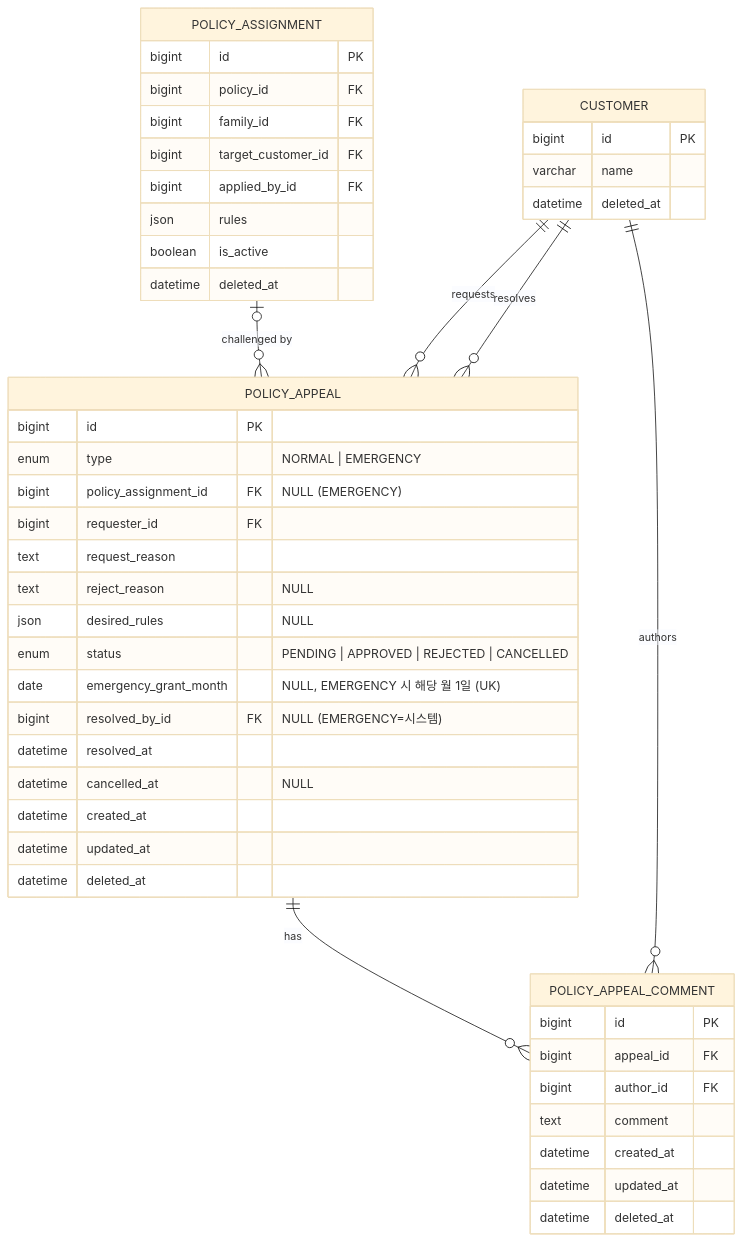
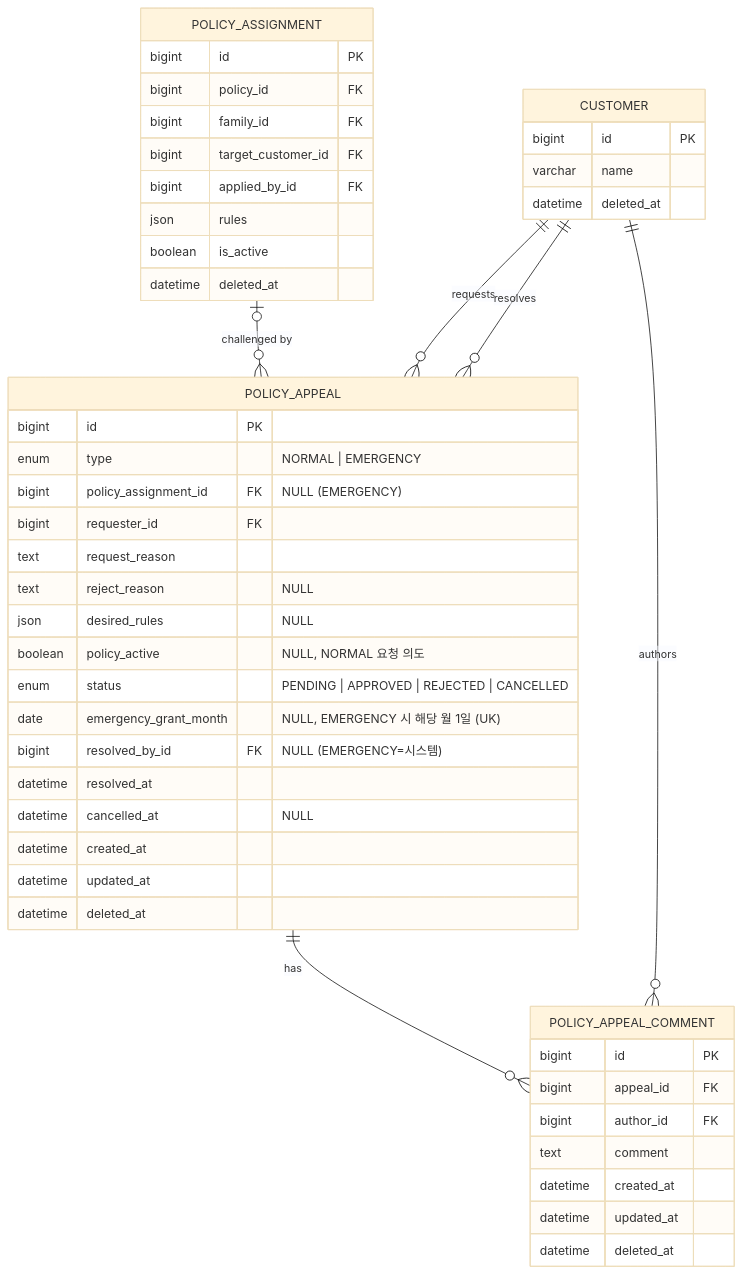
The fourth of 6 diagrams in docs/ERD.md (da-bom/dabom-api-core), drawn with Mermaid (base theme) before and after one commit. The commit also changed other lines of this file and 4 other files, not shown here.

````diff
--- a/docs/ERD.md
+++ b/docs/ERD.md
@@ -515,53 +530,54 @@
 ```mermaid
 erDiagram
     POLICY_ASSIGNMENT |o--o{ POLICY_APPEAL : "challenged by"
     CUSTOMER ||--o{ POLICY_APPEAL : "requests"
     CUSTOMER ||--o{ POLICY_APPEAL : "resolves"
     POLICY_APPEAL ||--o{ POLICY_APPEAL_COMMENT : "has"
     CUSTOMER ||--o{ POLICY_APPEAL_COMMENT : "authors"
 
     POLICY_ASSIGNMENT {
         bigint id PK
         bigint policy_id FK
         bigint family_id FK
         bigint target_customer_id FK
         bigint applied_by_id FK
         json rules
         boolean is_active
         datetime deleted_at
     }
 
     POLICY_APPEAL {
         bigint id PK
         enum type "NORMAL | EMERGENCY"
         bigint policy_assignment_id FK "NULL (EMERGENCY)"
         bigint requester_id FK
         text request_reason
         text reject_reason "NULL"
         json desired_rules "NULL"
+        boolean policy_active "NULL, NORMAL 요청 의도"
         enum status "PENDING | APPROVED | REJECTED | CANCELLED"
         date emergency_grant_month "NULL, EMERGENCY 시 해당 월 1일 (UK)"
         bigint resolved_by_id FK "NULL (EMERGENCY=시스템)"
         datetime resolved_at
         datetime cancelled_at "NULL"
         datetime created_at
         datetime updated_at
         datetime deleted_at
     }
 
     POLICY_APPEAL_COMMENT {
         bigint id PK
         bigint appeal_id FK
         bigint author_id FK
         text comment
         datetime created_at
         datetime updated_at
         datetime deleted_at
     }
 
     CUSTOMER {
         bigint id PK
         varchar name
         datetime deleted_at
     }
 ```
````
